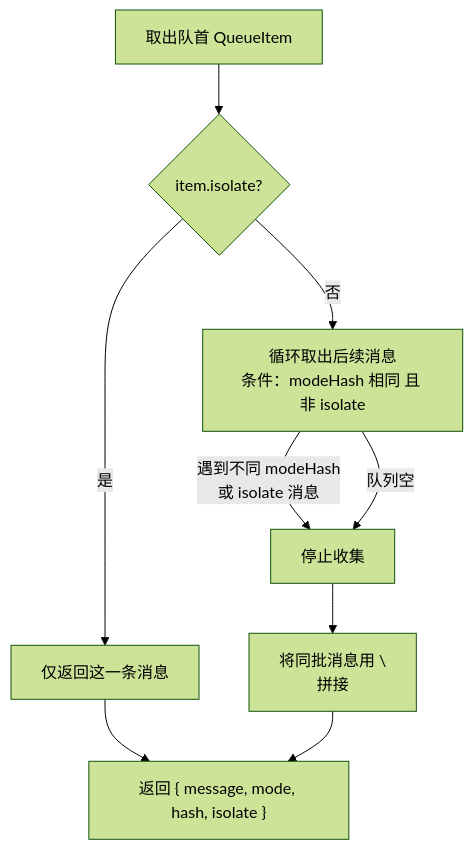
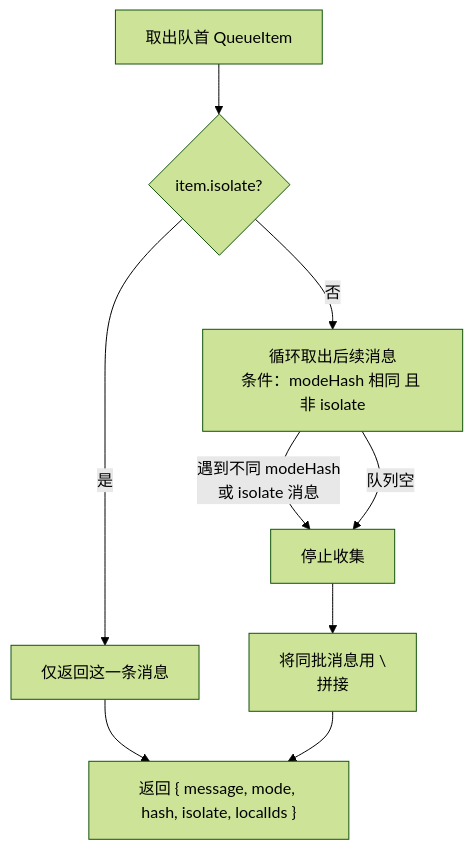
One commit to ModuBit/mobi changed the second of 2 diagrams in docs/architecture/cli/commands/claude/message-queue.md. Above: the diagram before and after it, drawn with Mermaid (forest theme). The commit also changed other lines of this file and 12 other files, not shown here.

````diff
--- a/docs/architecture/cli/commands/claude/message-queue.md
+++ b/docs/architecture/cli/commands/claude/message-queue.md
@@ -123,11 +131,11 @@
 ```mermaid
 flowchart TB
     Start["取出队首 QueueItem"] --> Isolated{"item.isolate?"}
     Isolated -->|是| Solo["仅返回这一条消息"]
     Isolated -->|否| Loop["循环取出后续消息<br/>条件：modeHash 相同 且 非 isolate"]
     Loop -->|"遇到不同 modeHash<br/>或 isolate 消息"| Stop["停止收集"]
     Loop -->|"队列空"| Stop
     Stop --> Join["将同批消息用 \\n 拼接"]
-    Solo --> Return["返回 { message, mode, hash, isolate }"]
+    Solo --> Return["返回 { message, mode, hash, isolate, localIds }"]
     Join --> Return
 ```
````
